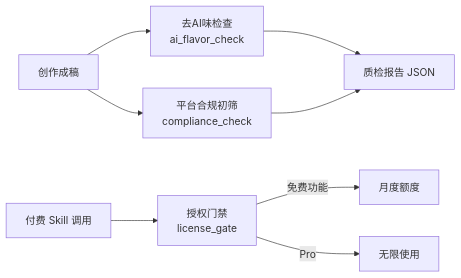
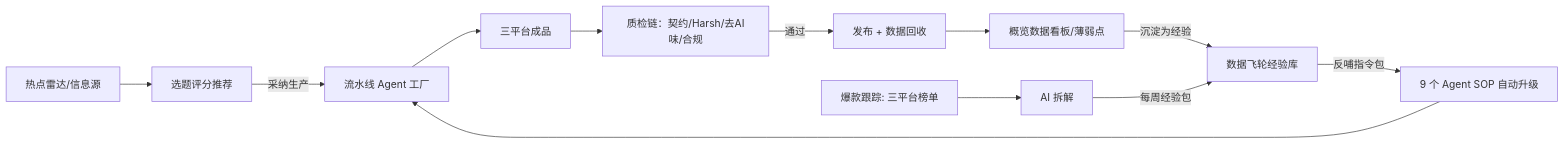
One commit to hjdiandian1-ops/selfmedia-ops-center changed the diagram in README.md. Above: the diagram before and after it, drawn with Mermaid. The commit also changed other lines of this file, not shown here.

````diff
--- a/README.md
+++ b/README.md
@@ -11,10 +128,14 @@
 ```mermaid
 flowchart LR
-    A[创作成稿] --> B[去AI味检查<br/>ai_flavor_check]
-    A --> C[平台合规初筛<br/>compliance_check]
-    B --> D[质检报告 JSON]
-    C --> D
-    E[付费 Skill 调用] --> F[授权门禁<br/>license_gate]
-    F -->|免费功能| G[月度额度]
-    F -->|Pro| H[无限使用]
+    A[热点雷达/信息源] --> B[选题评分推荐]
+    B -->|采纳生产| C[流水线 Agent 工厂]
+    C --> D[三平台成品]
+    D --> E[质检链：契约/Harsh/去AI味/合规]
+    E -->|通过| F[发布 + 数据回收]
+    F --> G[概览数据看板/薄弱点]
+    G -->|沉淀为经验| H[数据飞轮经验库]
+    H -->|反哺指令包| I[9 个 Agent SOP 自动升级]
+    I --> C
+    J[爆款跟踪: 三平台榜单] --> K[AI 拆解]
+    K -->|每周经验包| H
 ```
````
